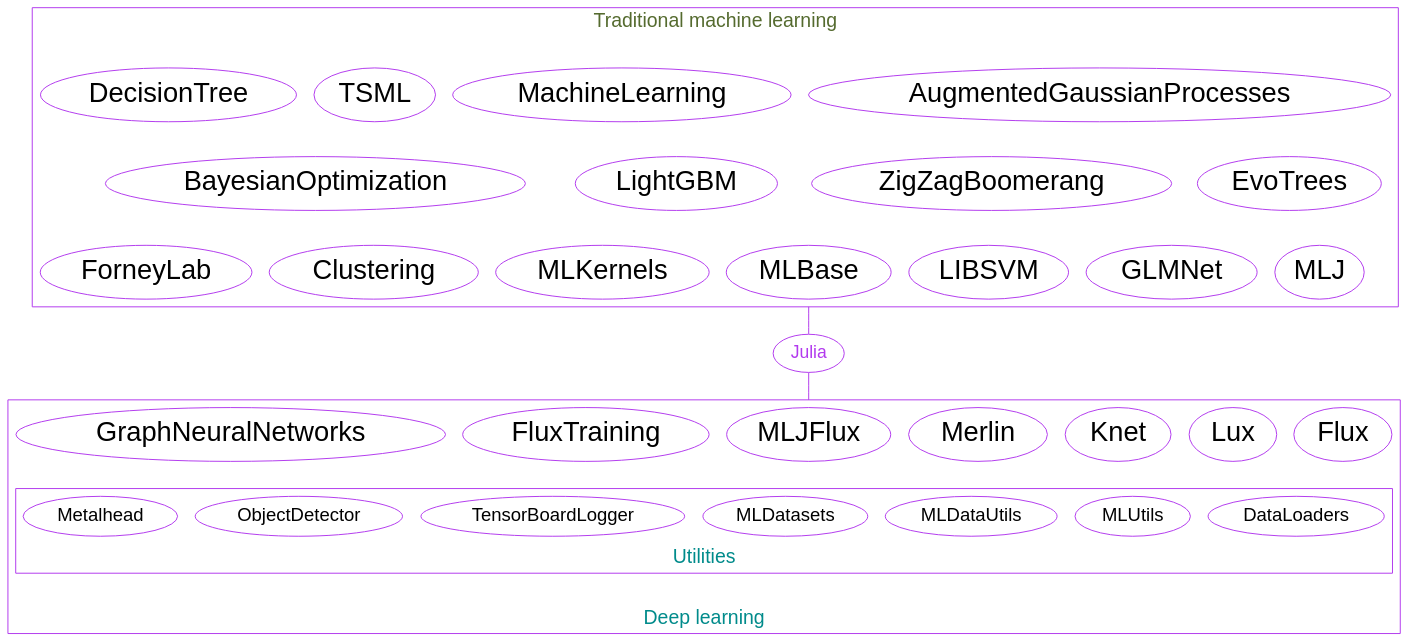
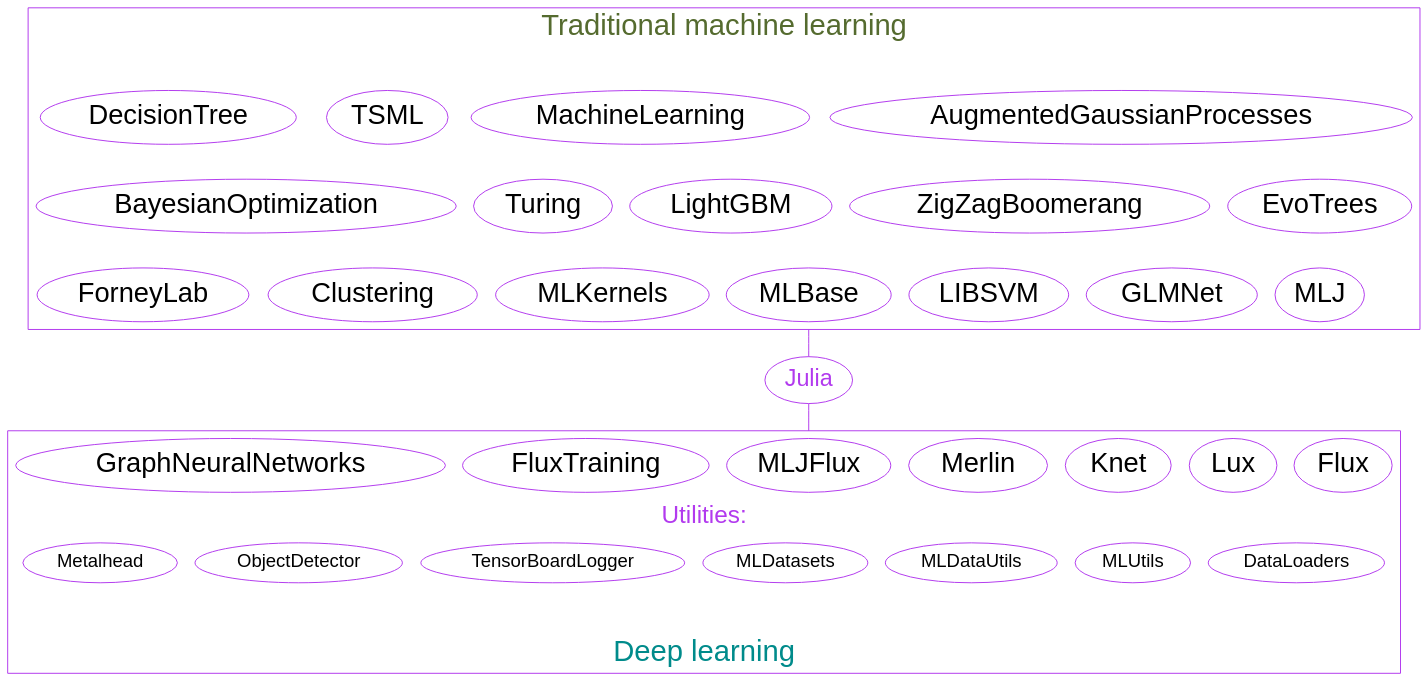
One commit to WestDRI/arc-training changed the eighth of 16 diagrams in ml/frameworks_slides.qmd. Above: the diagram before and after it, drawn with Graphviz. The commit also changed other lines of this file, not shown here.

````diff
--- a/ml/frameworks_slides.qmd
+++ b/ml/frameworks_slides.qmd
@@ -405,56 +417,61 @@
 ```{dot}
 //| echo: false
 
 strict graph {
 
   bgcolor="transparent"
   graph [fontname="Inconsolata, sans-serif"]
   node [fontname="Inconsolata, sans-serif", color=darkorchid2]
   compound=true
   
   subgraph cluster_ml {
 	label="Traditional machine learning\n\n"
 	color=darkorchid2
 	fontcolor=darkolivegreen
-	fontsize=20
+	fontsize=30
 	edge [style=invis]
 	node [fontsize=28]
 	{rank=same; AugmentedGaussianProcesses MachineLearning TSML DecisionTree}
-	{rank=same; EvoTrees ZigZagBoomerang LightGBM BayesianOptimization}
+	{rank=same; EvoTrees ZigZagBoomerang LightGBM Turing BayesianOptimization}
 	{rank=same; MLJ GLMNet LIBSVM MLBase MLKernels Clustering ForneyLab}
 	AugmentedGaussianProcesses -- EvoTrees -- MLJ
   }
 
   subgraph cluster_dl {	
 	label="\nDeep learning"
 	color=darkorchid2
 	fontcolor=darkcyan
-	fontsize=20
+	fontsize=30
 	labelloc=b
 	edge [style=invis]
 	node [fontsize=28]
 	Flux Lux Knet Merlin MLJFlux FluxTraining GraphNeuralNetworks
 	subgraph cluster_utilities {
-	  label="Utilities"
-	  node [fontsize=19]
+	  peripheries=0
+	  fontsize=25
+	  label="Utilities:"
+	  fontcolor=darkorchid2
+	  labelloc=t
+ 	  node [fontsize=19]
 	  DataLoaders MLUtils MLDataUtils MLDatasets TensorBoardLogger ObjectDetector Metalhead
 	}
 	GraphNeuralNetworks -- Metalhead
   }
 
   Flux [URL="https://github.com/FluxML/Flux.jl"]
   Lux [URL="https://github.com/LuxDL/"]
   Knet [URL="https://github.com/denizyuret/Knet.jl"]
   Merlin [URL=""]
   MLJFlux [URL=""]
   FluxTraining [URL=""]
   GraphNeuralNetworks [URL=""]
   MLJ [URL="https://github.com/alan-turing-institute/MLJ.jl"]
+  Turing [URL="https://github.com/TuringLang/Turing.jl"]
 
-  Julia [fontsize=18, fontcolor=darkorchid2, URL="https://julialang.org/"]
+  Julia [fontsize=24, fontcolor=darkorchid2, URL="https://julialang.org/"]
 
   MLBase -- Julia [ltail=cluster_ml, color=darkorchid2]
   Julia -- MLJFlux [lhead=cluster_dl, color=darkorchid2]
   
 }
 ```
````
